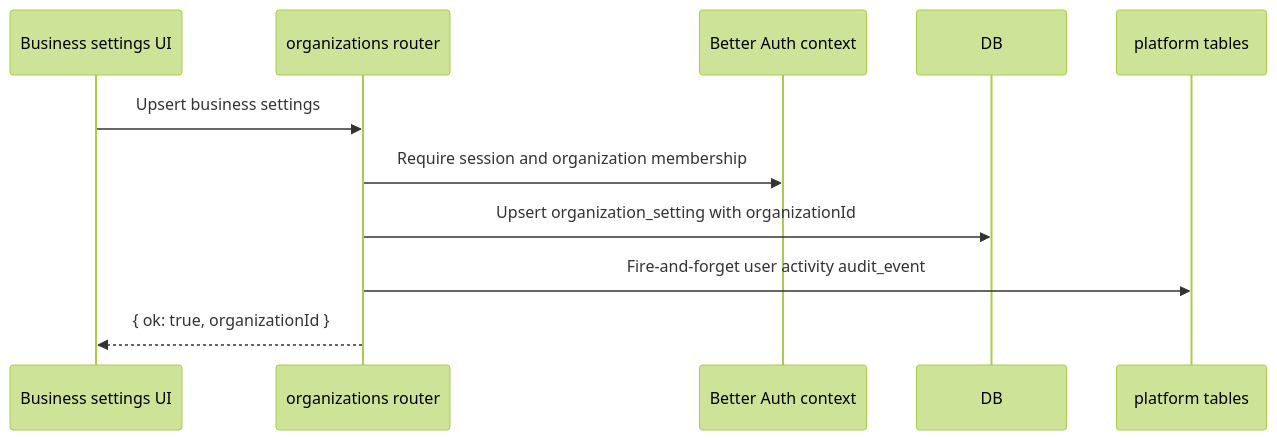
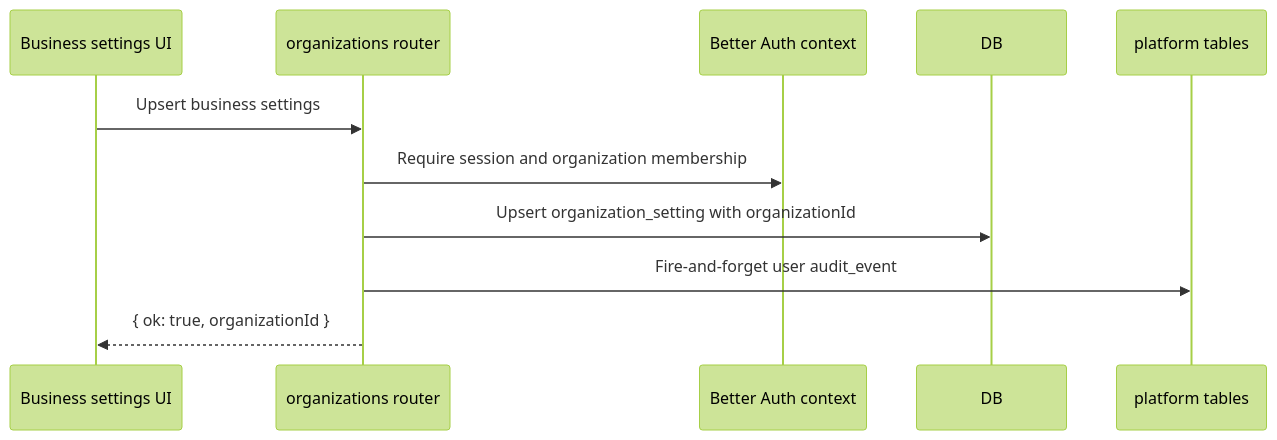
One commit to isherbuilds/edernal-books changed the second of 2 diagrams in docs/superpowers/plans/2026-06-16-phase-00-platform-foundation-implementation-plan.md. Above: the diagram before and after it, drawn with Mermaid (forest theme). The commit also changed other lines of this file and 35 other files, not shown here.

````diff
--- a/docs/superpowers/plans/2026-06-16-phase-00-platform-foundation-implementation-plan.md
+++ b/docs/superpowers/plans/2026-06-16-phase-00-platform-foundation-implementation-plan.md
@@ -59,14 +61,14 @@
 ```mermaid
 sequenceDiagram
   participant UI as Business settings UI
   participant API as organizations router
   participant Auth as Better Auth context
   participant DB as DB
   participant Tables as platform tables
 
   UI->>API: Upsert business settings
   API->>Auth: Require session and organization membership
   API->>DB: Upsert organization_setting with organizationId
-  API->>Tables: Fire-and-forget user activity audit_event
+  API->>Tables: Fire-and-forget user audit_event
   API-->>UI: { ok: true, organizationId }
 ```
````
